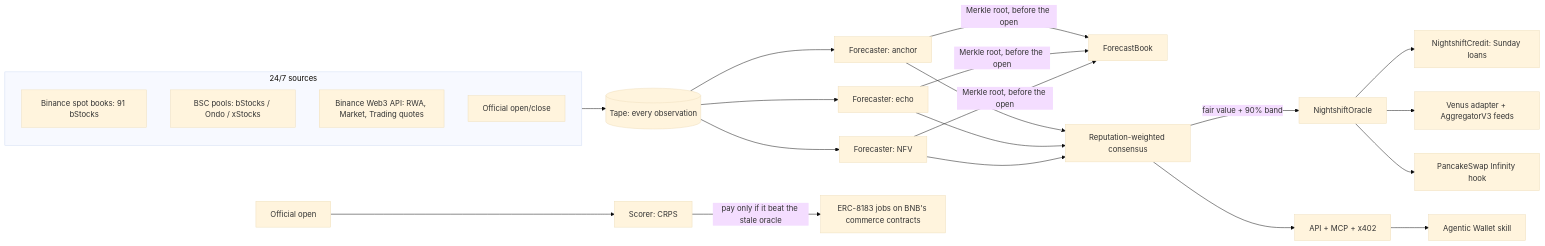
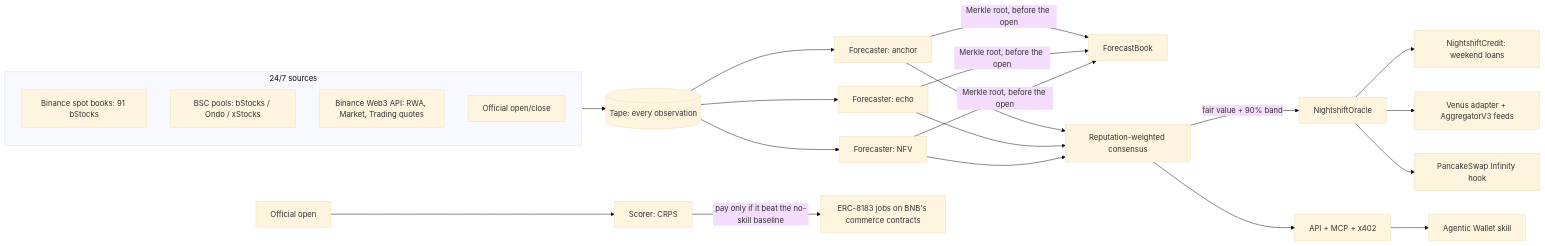
One commit to iamdflame/nightshift changed the diagram in README.md. Above: the diagram before and after it, drawn with Mermaid (base theme). The commit also changed other lines of this file and 1 other file, not shown here.

````diff
--- a/README.md
+++ b/README.md
@@ -46,18 +46,18 @@
 ```mermaid
 flowchart LR
   subgraph Sources["24/7 sources"]
     BS[Binance spot books: 91 bStocks]
     DEX[BSC pools: bStocks / Ondo / xStocks]
     W3[Binance Web3 API: RWA, Market, Trading quotes]
     REF[Official open/close]
   end
   Sources --> TAPE[(Tape: every observation)]
   TAPE --> F1[Forecaster: anchor] & F2[Forecaster: echo] & F3[Forecaster: NFV]
   F1 & F2 & F3 -->|Merkle root, before the open| FB[ForecastBook]
   F1 & F2 & F3 --> AGG[Reputation-weighted consensus]
   AGG -->|fair value + 90% band| OR[NightshiftOracle]
   OPEN[Official open] --> SC[Scorer: CRPS]
-  SC -->|pay only if it beat the stale oracle| J[ERC-8183 jobs on BNB's commerce contracts]
-  OR --> CR[NightshiftCredit: Sunday loans] & VA[Venus adapter + AggregatorV3 feeds] & HK[PancakeSwap Infinity hook]
+  SC -->|pay only if it beat the no-skill baseline| J[ERC-8183 jobs on BNB's commerce contracts]
+  OR --> CR[NightshiftCredit: weekend loans] & VA[Venus adapter + AggregatorV3 feeds] & HK[PancakeSwap Infinity hook]
   AGG --> API[API + MCP + x402] --> SK[Agentic Wallet skill]
 ```
````
